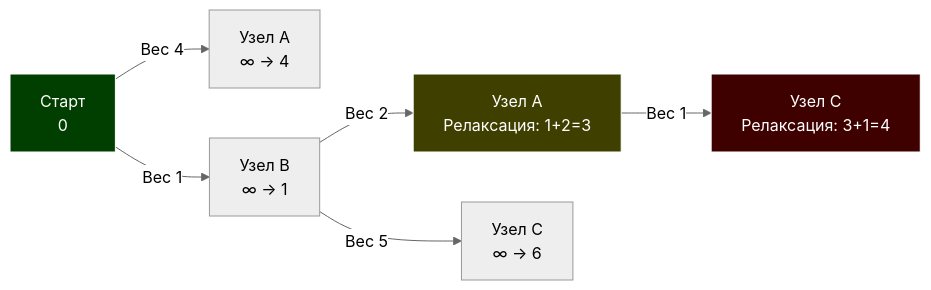
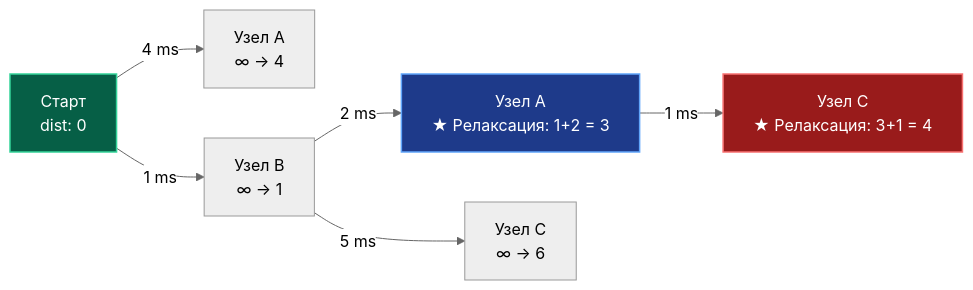
The diagram in sources/20. Алгоритмы и структуры данных (DSA) на Go/11. Графы/5. Кратчайшие пути. Алгоритм Дейкстры.md (UnrealTemplier/go-textbook), drawn with Mermaid (neutral theme) before and after one commit. The commit also changed other lines of this file, not shown here.

````diff
--- a/sources/20. Алгоритмы и структуры данных (DSA) на Go/11. Графы/5. Кратчайшие пути. Алгоритм Дейкстры.md
+++ b/sources/20. Алгоритмы и структуры данных (DSA) на Go/11. Графы/5. Кратчайшие пути. Алгоритм Дейкстры.md
@@ -24,12 +30,16 @@
 ```mermaid
 flowchart LR
-    S["Старт<br>0"] -->|"Вес 4"| A["Узел A<br>∞ -> 4"]
-    S -->|"Вес 1"| B["Узел B<br>∞ -> 1"]
-    B -->|"Вес 2"| A_relax["Узел A<br>Релаксация: 1+2=3"]
-    B -->|"Вес 5"| C["Узел C<br>∞ -> 6"]
-    A_relax -->|"Вес 1"| C_relax["Узел C<br>Релаксация: 3+1=4"]
-    
-    style S fill:#003f00,stroke:#fff,color:#fff
-    style A_relax fill:#3f3f00,stroke:#fff,color:#fff
-    style C_relax fill:#3f0000,stroke:#fff,color:#fff
+    S["Старт<br>dist: 0"] -->|"4 ms"| A["Узел A<br>∞ -> 4"]
+    S -->|"1 ms"| B["Узел B<br>∞ -> 1"]
+    B -->|"2 ms"| A_relax["Узел A<br>★ Релаксация: 1+2 = 3"]
+    B -->|"5 ms"| C["Узел C<br>∞ -> 6"]
+    A_relax -->|"1 ms"| C_relax["Узел C<br>★ Релаксация: 3+1 = 4"]
+
+    classDef startNode fill:#065f46,stroke:#34d399,stroke-width:1.5px,color:#ffffff;
+    classDef relaxNode fill:#1e3a8a,stroke:#60a5fa,stroke-width:1.5px,color:#ffffff;
+    classDef destNode fill:#991b1b,stroke:#f87171,stroke-width:1.5px,color:#ffffff;
+
+    class S startNode;
+    class A_relax relaxNode;
+    class C_relax destNode;
 ```
````
